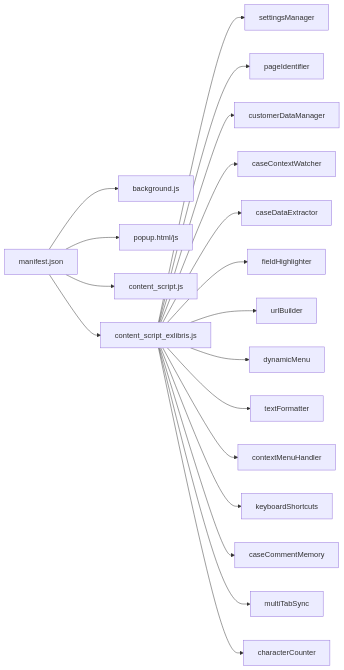
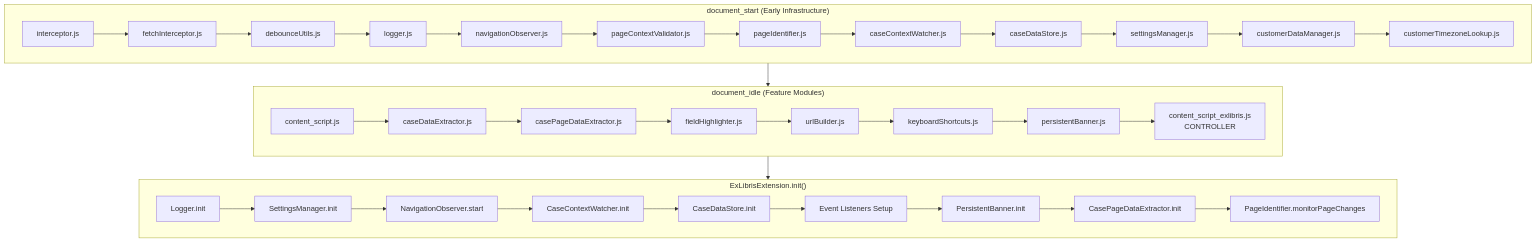
One commit to faaizhipa/forceUp changed the fourth of 11 diagrams in explanation.md. Above: the diagram before and after it, drawn with Mermaid. The commit also changed other lines of this file and 44 other files, not shown here.

````diff
--- a/explanation.md
+++ b/explanation.md
@@ -162,21 +341,43 @@
 ```mermaid
-flowchart LR
-   A[manifest.json] --> B[background.js]
-   A --> C[popup.html/js]
-   A --> D[content_script.js]
-   A --> E[content_script_exlibris.js]
-   E --> F[settingsManager]
-   E --> G[pageIdentifier]
-   E --> H[customerDataManager]
-   E --> I[caseContextWatcher]
-   E --> J[caseDataExtractor]
-   E --> K[fieldHighlighter]
-   E --> L[urlBuilder]
-   E --> M[dynamicMenu]
-   E --> N[textFormatter]
-   E --> O[contextMenuHandler]
-   E --> P[keyboardShortcuts]
-   E --> Q[caseCommentMemory]
-   E --> R[multiTabSync]
-   E --> S[characterCounter]
+flowchart TD
+    subgraph DocStart["document_start (Early Infrastructure)"]
+        direction LR
+        I1[interceptor.js] --> I2[fetchInterceptor.js]
+        I2 --> I3[debounceUtils.js]
+        I3 --> I4[logger.js]
+        I4 --> I5[navigationObserver.js]
+        I5 --> I6[pageContextValidator.js]
+        I6 --> I7[pageIdentifier.js]
+        I7 --> I8[caseContextWatcher.js]
+        I8 --> I9[caseDataStore.js]
+        I9 --> I10[settingsManager.js]
+        I10 --> I11[customerDataManager.js]
+        I11 --> I12[customerTimezoneLookup.js]
+    end
+
+    subgraph DocIdle["document_idle (Feature Modules)"]
+        direction LR
+        F1[content_script.js] --> F2[caseDataExtractor.js]
+        F2 --> F3[casePageDataExtractor.js]
+        F3 --> F4[fieldHighlighter.js]
+        F4 --> F5[urlBuilder.js]
+        F5 --> F6[keyboardShortcuts.js]
+        F6 --> F7[persistentBanner.js]
+        F7 --> F8[content_script_exlibris.js<br/>CONTROLLER]
+    end
+
+    DocStart --> DocIdle
+
+    subgraph Controller["ExLibrisExtension.init()"]
+        C1[Logger.init] --> C2[SettingsManager.init]
+        C2 --> C3[NavigationObserver.start]
+        C3 --> C4[CaseContextWatcher.init]
+        C4 --> C5[CaseDataStore.init]
+        C5 --> C6[Event Listeners Setup]
+        C6 --> C7[PersistentBanner.init]
+        C7 --> C8[CasePageDataExtractor.init]
+        C8 --> C9[PageIdentifier.monitorPageChanges]
+    end
+
+    DocIdle --> Controller
 ```
````
